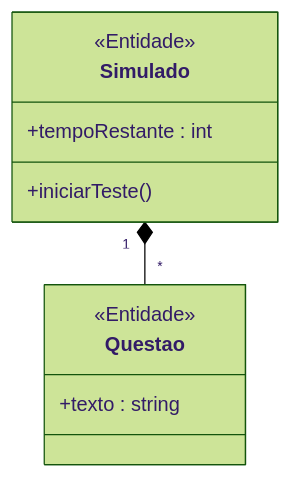
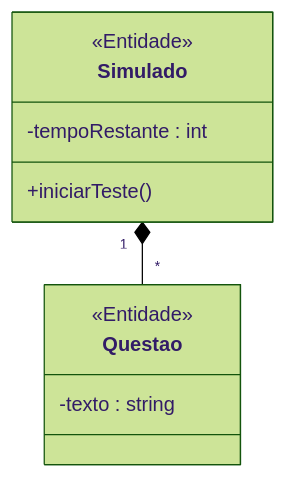
One commit to MayconDIS/PIM_III-Documentacao_UML changed the first of 2 diagrams in 02_Modelagem_UML_Astah/UC11_Realizar_Simulado_ENADE/README.md. Above: the diagram before and after it, drawn with Mermaid (forest theme). The commit also changed other lines of this file and 14 other files, not shown here.

Commit message:
docs(casos-uso): injeta fluxos normais e alternativos nos READMEs e atualiza mermaid

````diff
--- a/02_Modelagem_UML_Astah/UC11_Realizar_Simulado_ENADE/README.md
+++ b/02_Modelagem_UML_Astah/UC11_Realizar_Simulado_ENADE/README.md
@@ -51,13 +55,13 @@
 ```mermaid
 classDiagram
     class Simulado {
         <<Entidade>>
-        +tempoRestante : int
+        -tempoRestante : int
         +iniciarTeste()
     }
     class Questao {
         <<Entidade>>
-        +texto : string
+        -texto : string
     }
     Simulado "1" *-- "*" Questao
 ```
````
